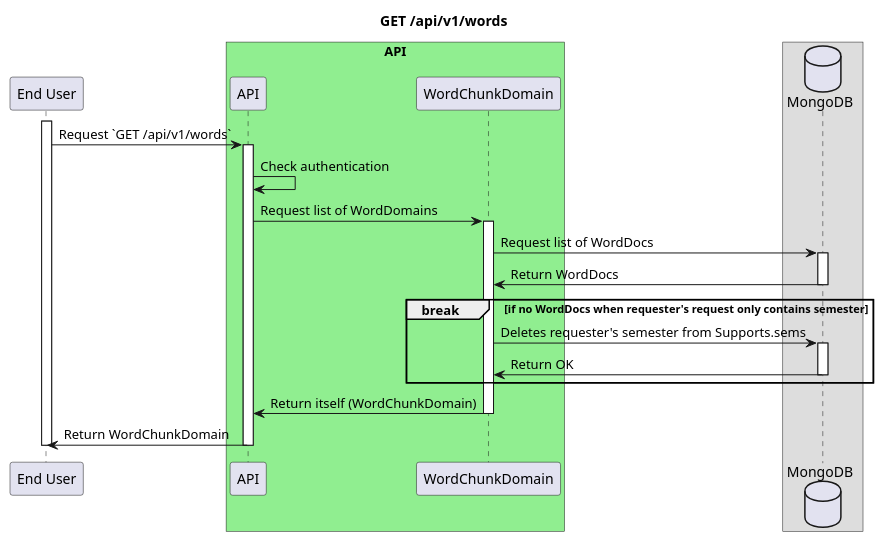
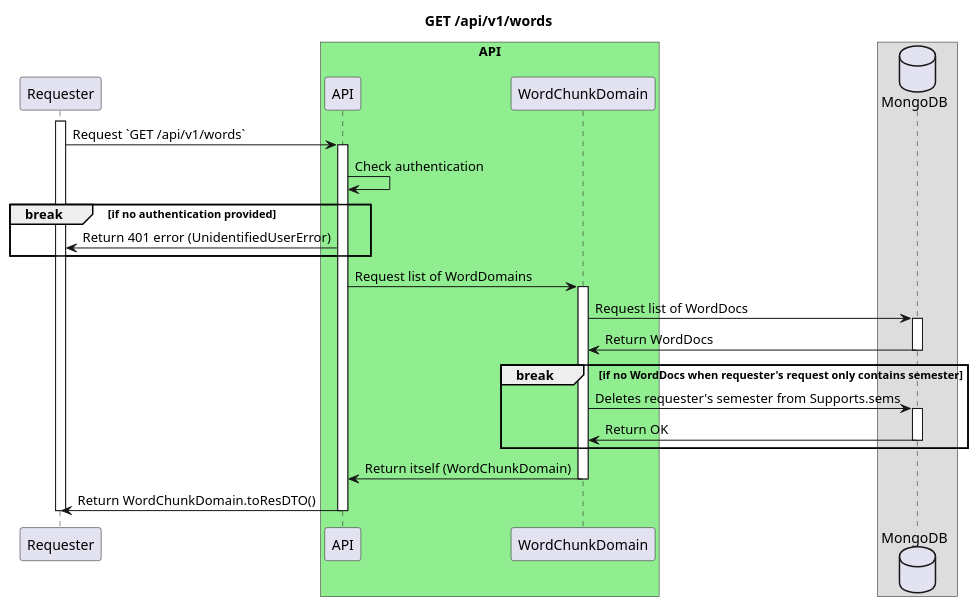
The diagram in dev_api/diagrams/get-words.md (ajktown/docs), drawn with PlantUML before and after one commit.

Commit message:
doc: UnidentifiedUserError

````diff
--- a/dev_api/diagrams/get-words.md
+++ b/dev_api/diagrams/get-words.md
@@ -17,36 +17,39 @@
 ```plantuml
 
 @startuml
 
 title GET /api/v1/words
 
-participant "End User" as user
+participant "Requester" as user
 
 box "API" #Lightgreen
   participant "API" as api
   participant "WordChunkDomain" as domain
 box
 database "MongoDB" as db
 
 activate user
   user -> api: Request `GET /api/v1/words`
   activate api
     api -> api: Check authentication
+    break if no authentication provided
+      user <- api: Return 401 error (UnidentifiedUserError)
+    end break
     api -> domain: Request list of WordDomains
     activate domain
       domain -> db: Request list of WordDocs
       activate db
         domain <- db: Return WordDocs
       deactivate db
       break if no WordDocs when requester's request only contains semester
         domain -> db: Deletes requester's semester from Supports.sems
         activate db
           domain <- db: Return OK
         deactivate db
       end break
       api <- domain: Return itself (WordChunkDomain)
     deactivate domain
-    user <- api: Return WordChunkDomain
+    user <- api: Return WordChunkDomain.toResDTO()
   deactivate api
 deactivate user
 ```
````
